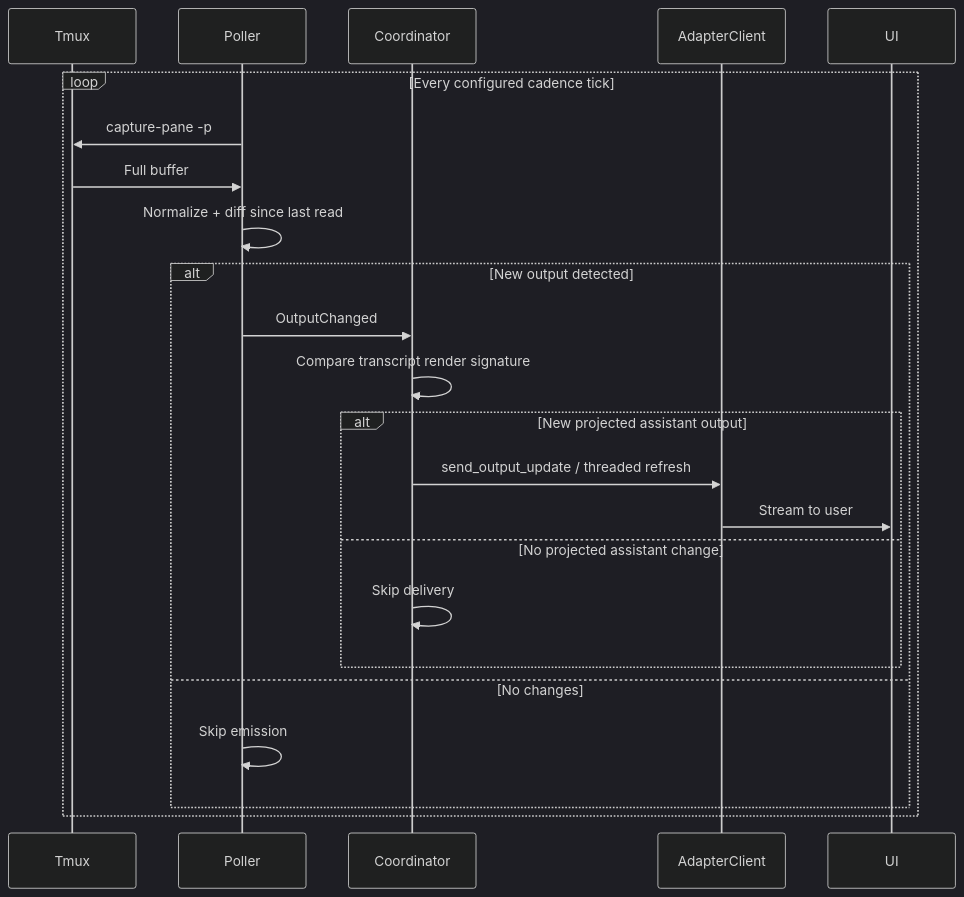
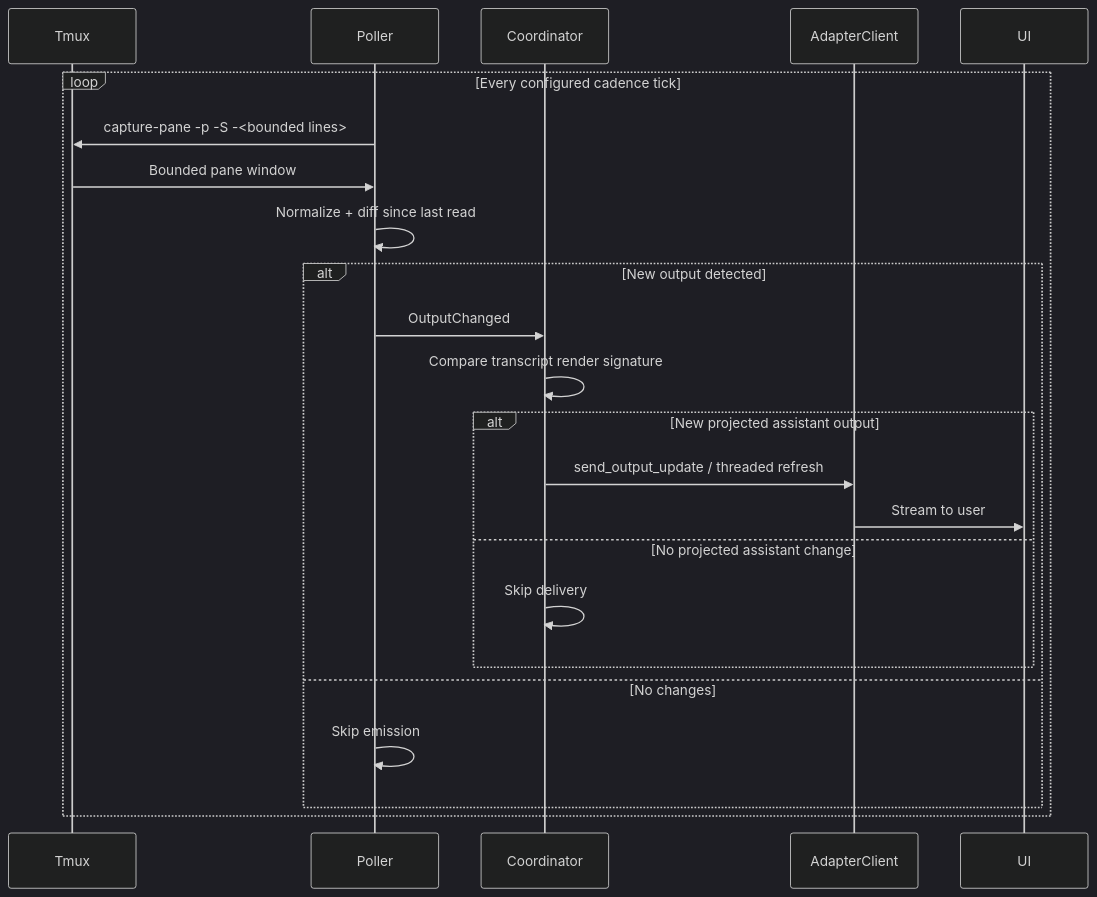
One commit to InstruktAI/TeleClaude changed the first of 3 diagrams in docs/project/design/architecture/output-polling.md. Above: the diagram before and after it, drawn with Mermaid (dark theme). The commit also changed other lines of this file and 15 other files, not shown here.

First line of the commit message:
fix(agent-runtime): seal tmux env and bound pane tails

````diff
--- a/docs/project/design/architecture/output-polling.md
+++ b/docs/project/design/architecture/output-polling.md
@@ -28,26 +28,26 @@
 ```mermaid
 sequenceDiagram
     participant Tmux
     participant Poller
     participant Coordinator
     participant AdapterClient
     participant UI
 
     loop Every configured cadence tick
-        Poller->>Tmux: capture-pane -p
-        Tmux->>Poller: Full buffer
+        Poller->>Tmux: capture-pane -p -S -<bounded lines>
+        Tmux->>Poller: Bounded pane window
         Poller->>Poller: Normalize + diff since last read
         alt New output detected
             Poller->>Coordinator: OutputChanged
             Coordinator->>Coordinator: Compare transcript render signature
             alt New projected assistant output
                 Coordinator->>AdapterClient: send_output_update / threaded refresh
                 AdapterClient->>UI: Stream to user
             else No projected assistant change
                 Coordinator->>Coordinator: Skip delivery
             end
         else No changes
             Poller->>Poller: Skip emission
         end
     end
 ```
````
